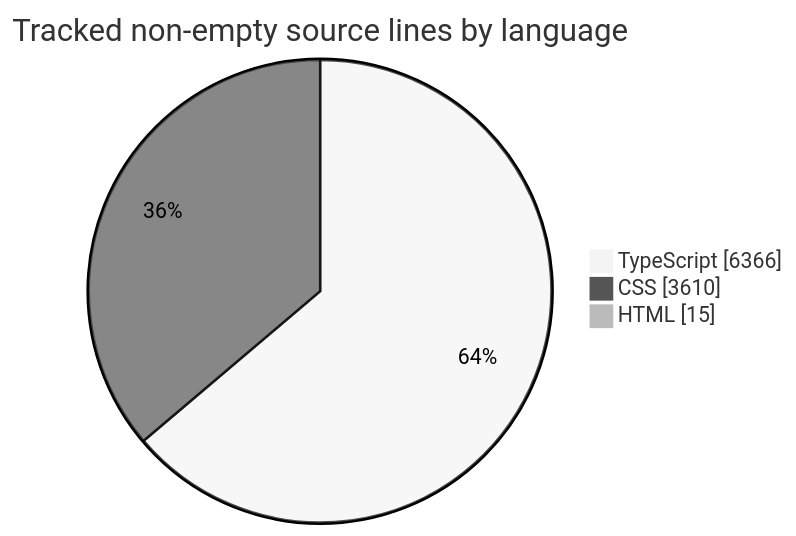
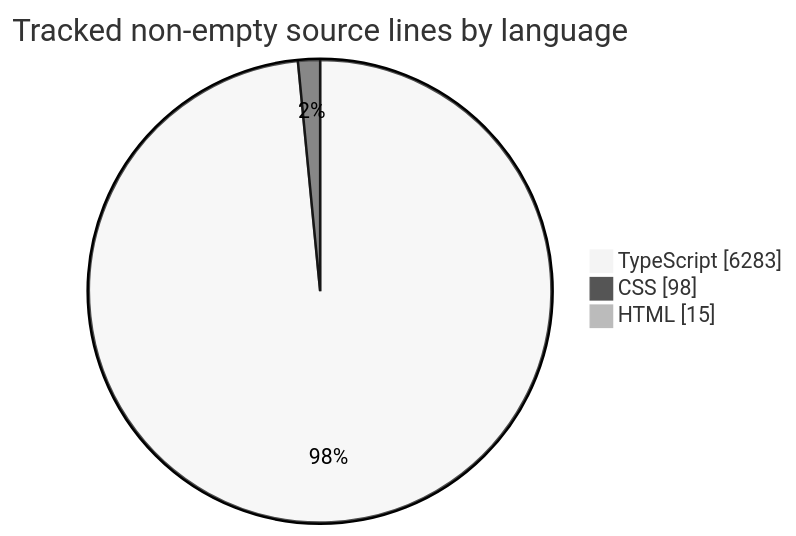
One commit to danda-n/poeidler changed the diagram in README.MD. Above: the diagram before and after it, drawn with Mermaid (neutral theme). The commit also changed other lines of this file, not shown here.

````diff
--- a/README.MD
+++ b/README.MD
@@ -27,7 +27,7 @@
 ```mermaid
 pie showData
     title Tracked non-empty source lines by language
-    "TypeScript" : 6366
-    "CSS" : 3610
+    "TypeScript" : 6283
+    "CSS" : 98
     "HTML" : 15
 ```
````
